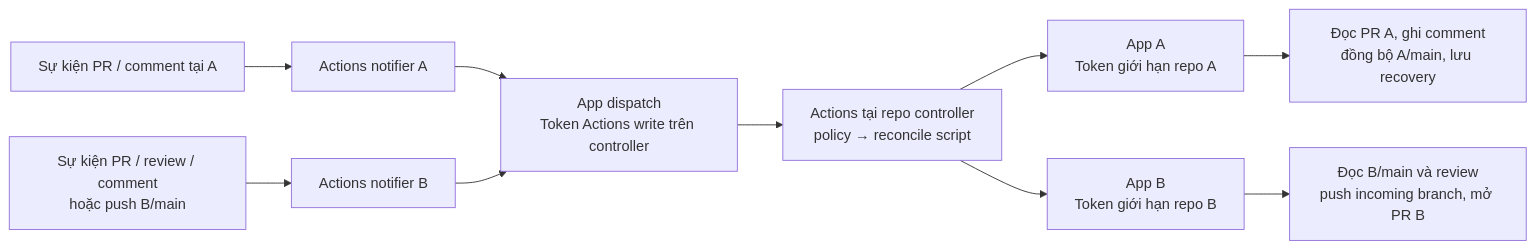
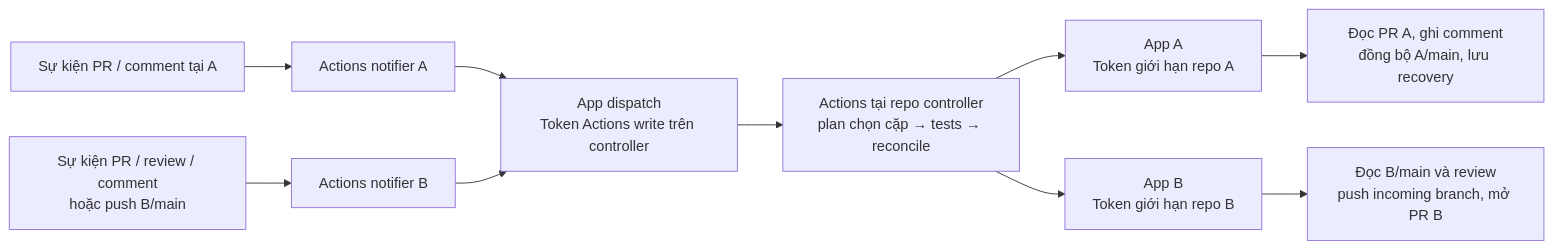
The first of 3 diagrams in github-app-setup.md (pho-veteran/github-org-contribution-lab), drawn with Mermaid before and after one commit. The commit also changed other lines of this file and 14 other files, not shown here.

````diff
--- a/github-app-setup.md
+++ b/github-app-setup.md
@@ -43,12 +45,12 @@
 ```mermaid
 flowchart LR
     EA["Sự kiện PR / comment tại A"] --> NA["Actions notifier A"]
     EB["Sự kiện PR / review / comment<br/>hoặc push B/main"] --> NB["Actions notifier B"]
     NA --> D["App dispatch<br/>Token Actions write trên controller"]
     NB --> D
-    D --> C["Actions tại repo controller<br/>policy → reconcile script"]
+    D --> C["Actions tại repo controller<br/>plan chọn cặp → tests → reconcile"]
     C --> AA["App A<br/>Token giới hạn repo A"]
     C --> AB["App B<br/>Token giới hạn repo B"]
     AA --> WA["Đọc PR A, ghi comment<br/>đồng bộ A/main, lưu recovery"]
     AB --> WB["Đọc B/main và review<br/>push incoming branch, mở PR B"]
 ```
````
